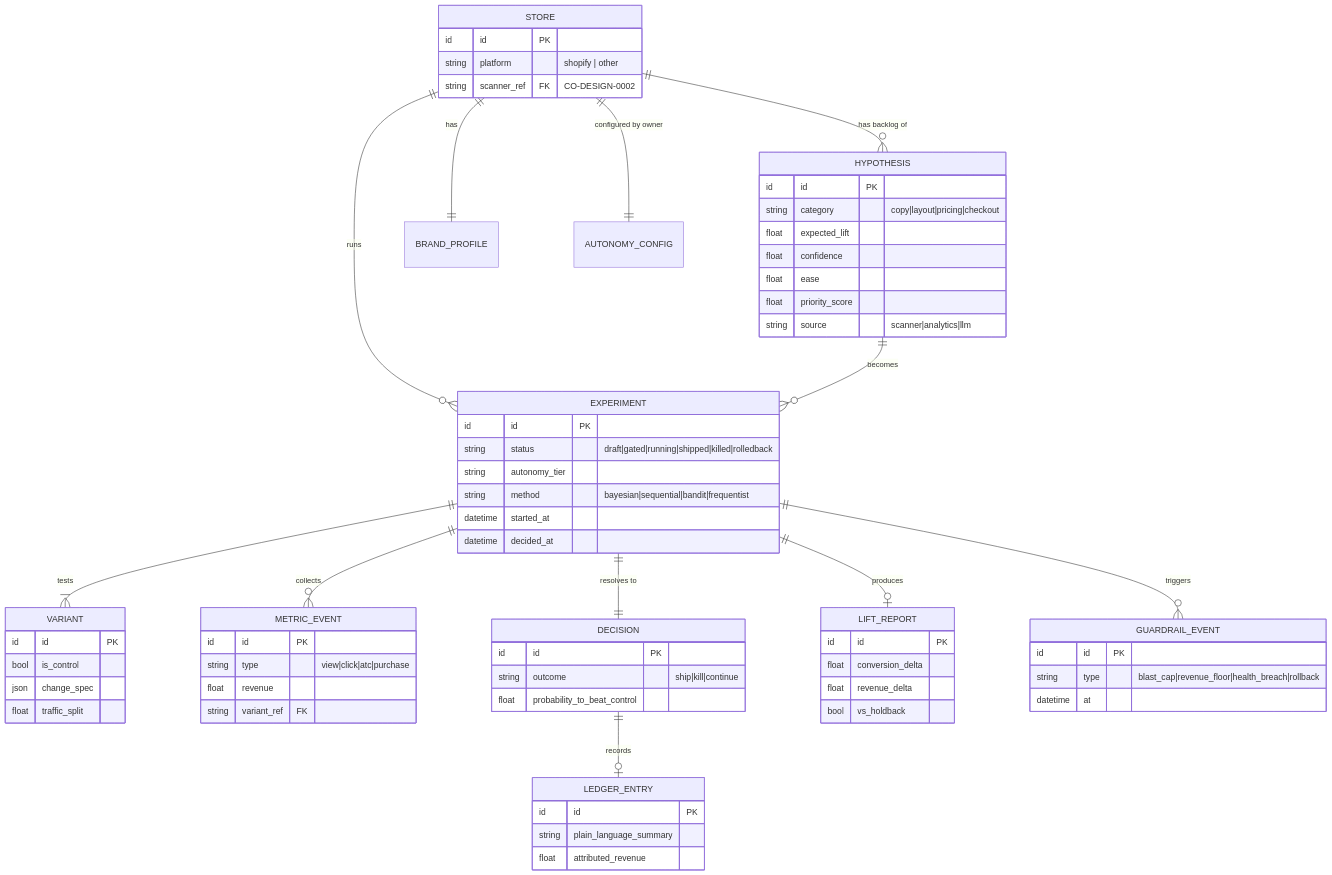
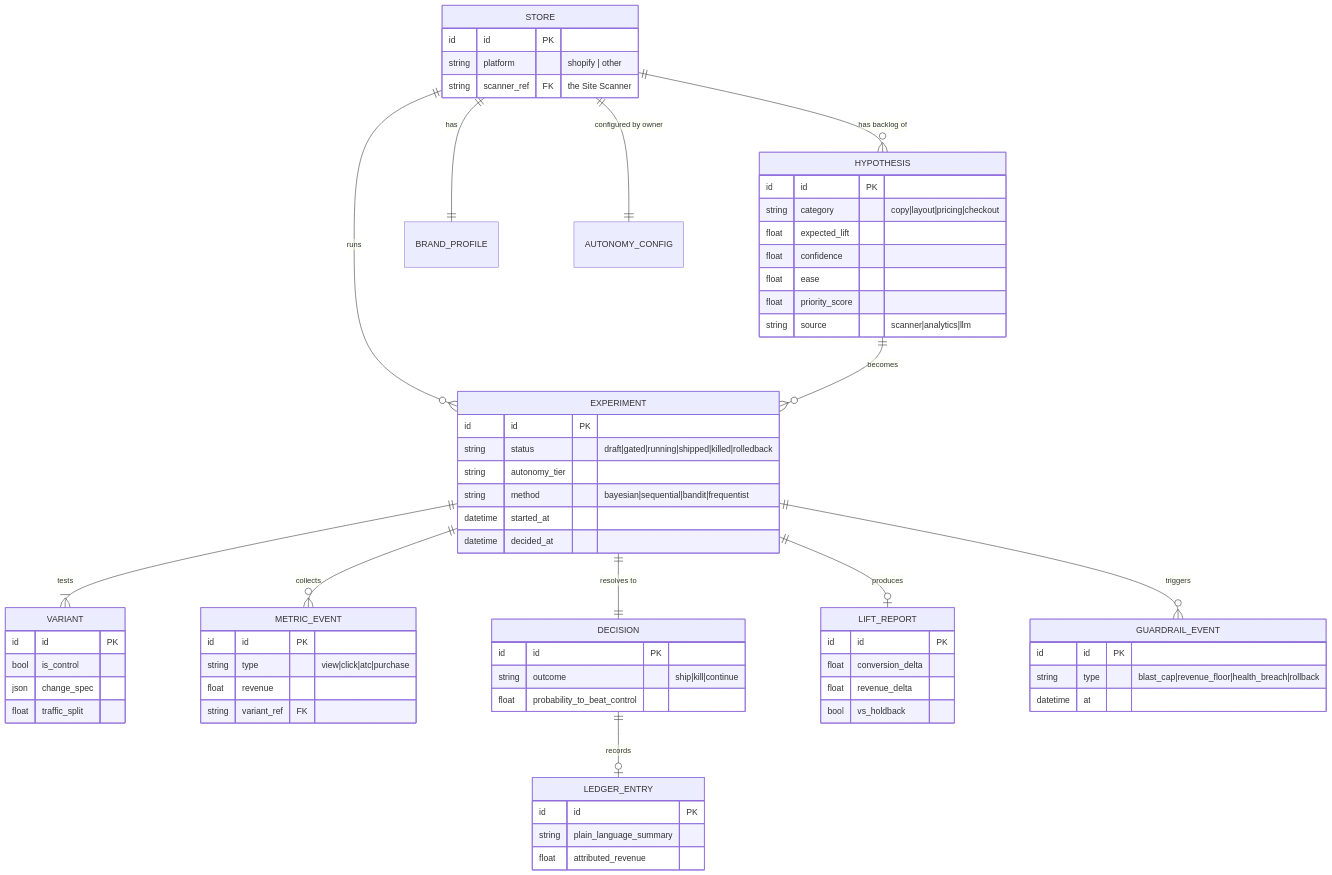
One commit to omars-lab/omars-lab.github.io changed the tenth of 15 diagrams in bytesofpurpose-blog/designs/2026-06-22-self-healing-storefront.mdx. Above: the diagram before and after it, drawn with Mermaid. The commit also changed other lines of this file and 2 other files, not shown here.

````diff
--- a/bytesofpurpose-blog/designs/2026-06-22-self-healing-storefront.mdx
+++ b/bytesofpurpose-blog/designs/2026-06-22-self-healing-storefront.mdx
@@ -711,70 +754,70 @@
 ```mermaid
 erDiagram
     STORE ||--o{ HYPOTHESIS : "has backlog of"
     STORE ||--|| BRAND_PROFILE : "has"
     STORE ||--|| AUTONOMY_CONFIG : "configured by owner"
     STORE ||--o{ EXPERIMENT : "runs"
     HYPOTHESIS ||--o{ EXPERIMENT : "becomes"
     EXPERIMENT ||--|{ VARIANT : "tests"
     EXPERIMENT ||--o{ METRIC_EVENT : "collects"
     EXPERIMENT ||--|| DECISION : "resolves to"
     EXPERIMENT ||--o| LIFT_REPORT : "produces"
     DECISION ||--o| LEDGER_ENTRY : "records"
     EXPERIMENT ||--o{ GUARDRAIL_EVENT : "triggers"
 
     STORE {
         id id PK
         string platform "shopify | other"
-        string scanner_ref FK "CO-DESIGN-0002"
+        string scanner_ref FK "the Site Scanner"
     }
     HYPOTHESIS {
         id id PK
         string category "copy|layout|pricing|checkout"
         float expected_lift
         float confidence
         float ease
         float priority_score
         string source "scanner|analytics|llm"
     }
     EXPERIMENT {
         id id PK
         string status "draft|gated|running|shipped|killed|rolledback"
         string autonomy_tier
         string method "bayesian|sequential|bandit|frequentist"
         datetime started_at
         datetime decided_at
     }
     VARIANT {
         id id PK
         bool is_control
         json change_spec
         float traffic_split
     }
     METRIC_EVENT {
         id id PK
         string type "view|click|atc|purchase"
         float revenue
         string variant_ref FK
     }
     DECISION {
         id id PK
         string outcome "ship|kill|continue"
         float probability_to_beat_control
     }
     LIFT_REPORT {
         id id PK
         float conversion_delta
         float revenue_delta
         bool vs_holdback
     }
     LEDGER_ENTRY {
         id id PK
         string plain_language_summary
         float attributed_revenue
     }
     GUARDRAIL_EVENT {
         id id PK
         string type "blast_cap|revenue_floor|health_breach|rollback"
         datetime at
     }
 ```
````
